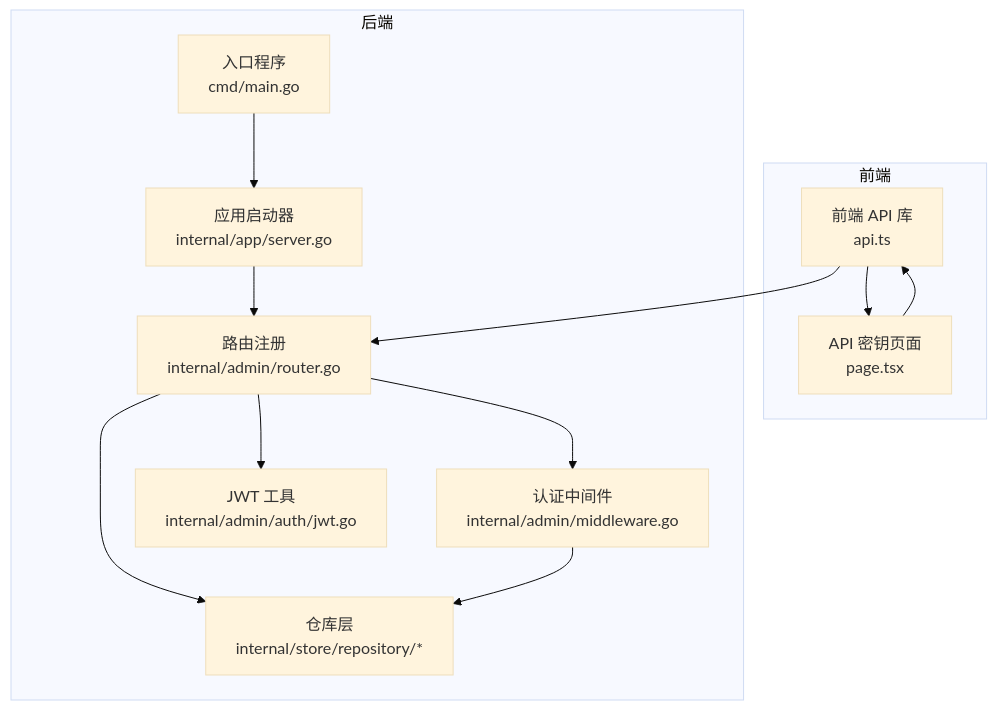
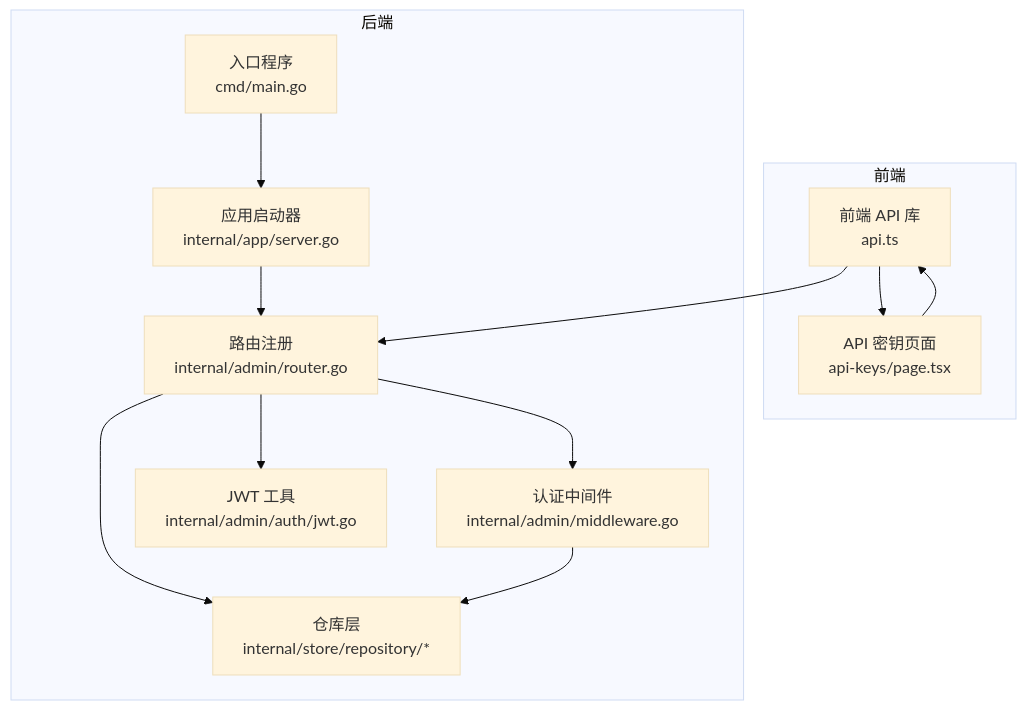
The first of 9 diagrams in docs/安全机制/API 密钥管理.md (x01n/My-OpenWaf), drawn with Mermaid (base theme) before and after one commit. The commit also changed other lines of this file and 622 other files, not shown here.

````diff
--- a/docs/安全机制/API 密钥管理.md
+++ b/docs/安全机制/API 密钥管理.md
@@ -40,24 +44,24 @@
 ```mermaid
 graph TB
 subgraph "前端"
 FE_API["前端 API 库<br/>api.ts"]
-FE_UI["API 密钥页面<br/>page.tsx"]
+FE_UI["API 密钥页面<br/>api-keys/page.tsx"]
 end
 subgraph "后端"
 CMD["入口程序<br/>cmd/main.go"]
 APP["应用启动器<br/>internal/app/server.go"]
 ROUTER["路由注册<br/>internal/admin/router.go"]
 MWARE["认证中间件<br/>internal/admin/middleware.go"]
 REPO["仓库层<br/>internal/store/repository/*"]
 AUTH["JWT 工具<br/>internal/admin/auth/jwt.go"]
 end
 FE_API --> FE_UI
 FE_UI --> FE_API
 FE_API --> ROUTER
 CMD --> APP
 APP --> ROUTER
 ROUTER --> MWARE
 ROUTER --> REPO
 MWARE --> REPO
 ROUTER --> AUTH
 ```
````
